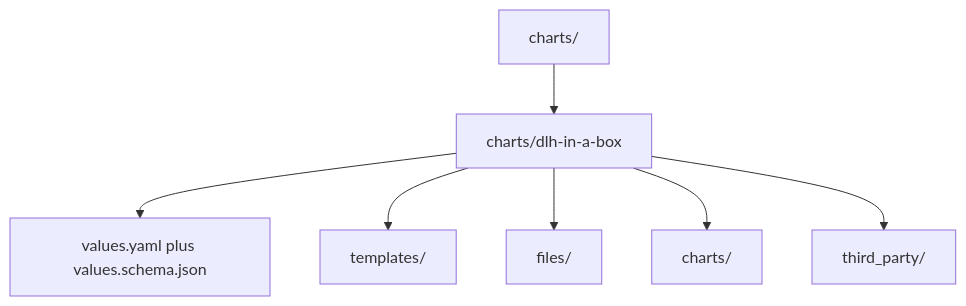
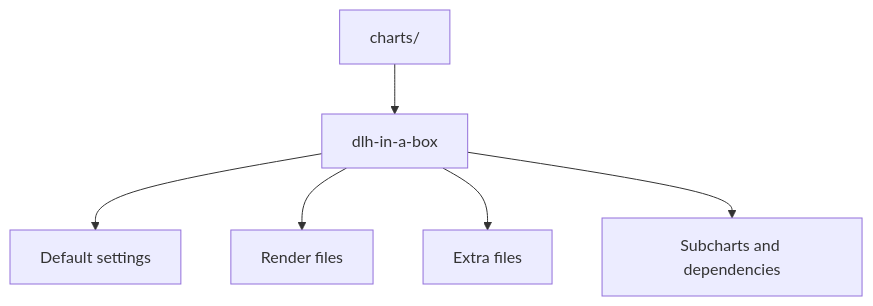
One commit to sanger-pathogens/dlh-in-a-box-umbrella-helm-chart changed the diagram in charts/README.md. Above: the diagram before and after it, drawn with Mermaid. The commit also changed other lines of this file and 37 other files, not shown here.

````diff
--- a/charts/README.md
+++ b/charts/README.md
@@ -13,9 +7,8 @@
 ```mermaid
 flowchart TD
-  Charts[charts/] --> Umbrella[charts/dlh-in-a-box]
-  Umbrella --> Values[values.yaml plus values.schema.json]
-  Umbrella --> Templates[templates/]
-  Umbrella --> Files[files/]
-  Umbrella --> Subcharts[charts/]
-  Umbrella --> Notices[third_party/]
+  Charts[charts/] --> Umbrella[dlh-in-a-box]
+  Umbrella --> Values[Default settings]
+  Umbrella --> Templates[Render files]
+  Umbrella --> Files[Extra files]
+  Umbrella --> Deps[Subcharts and dependencies]
 ```
````
